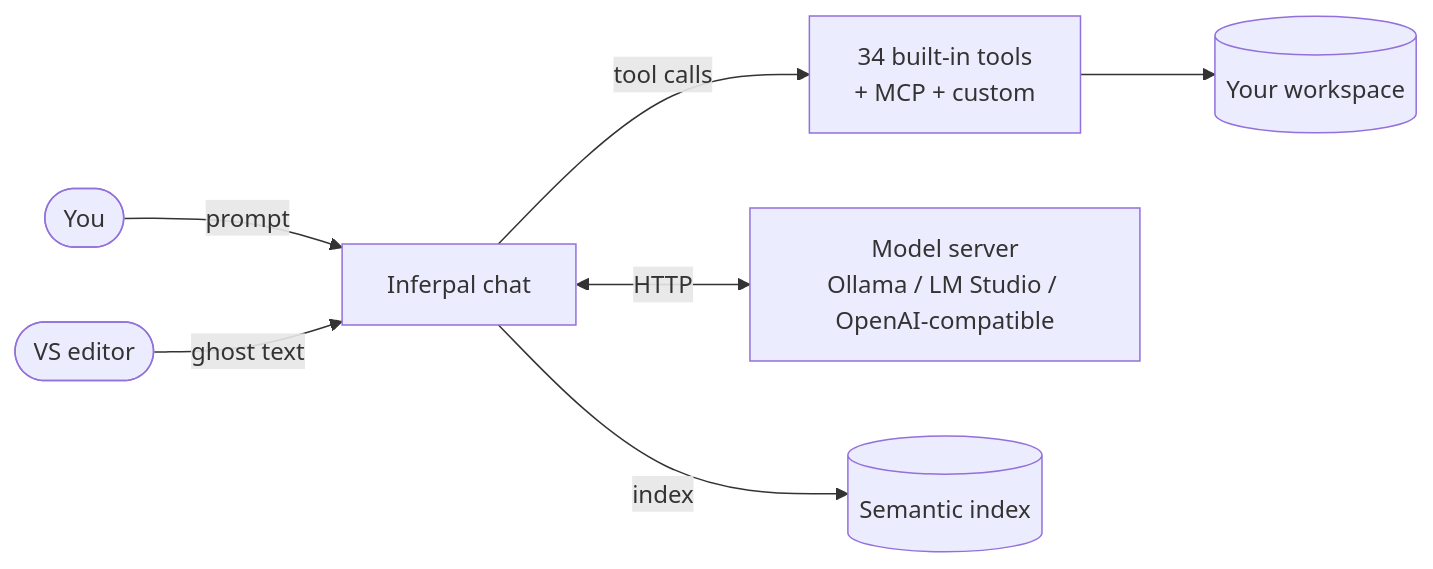
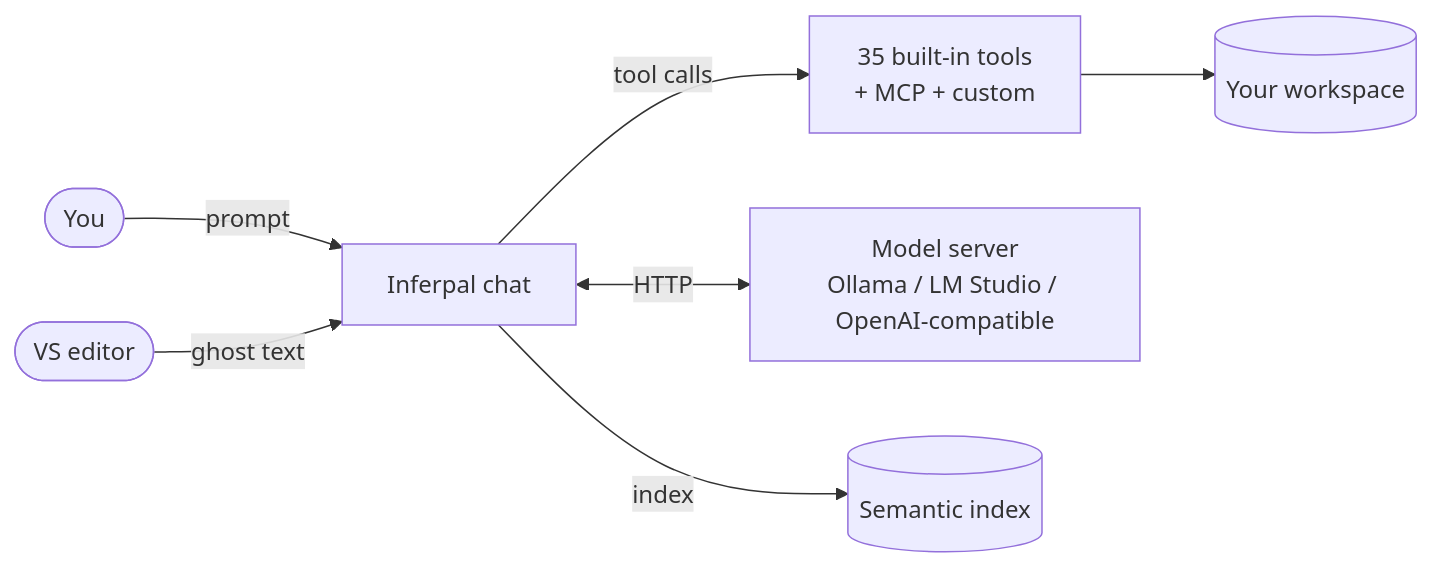
One commit to EstaxNet/Inferpal changed the diagram in docs/README.md. Above: the diagram before and after it, drawn with Mermaid. The commit also changed other lines of this file and 42 other files, not shown here.

````diff
--- a/docs/README.md
+++ b/docs/README.md
@@ -39,9 +39,9 @@
 ```mermaid
 flowchart LR
     user([You]) -->|prompt| chat[Inferpal chat]
-    chat -->|tool calls| tools[34 built-in tools<br/>+ MCP + custom]
+    chat -->|tool calls| tools[35 built-in tools<br/>+ MCP + custom]
     chat <-->|HTTP| provider[Model server<br/>Ollama / LM Studio / OpenAI-compatible]
     tools --> ws[(Your workspace)]
     editor([VS editor]) -->|ghost text| chat
     chat -->|index| rag[(Semantic index)]
 ```
````
